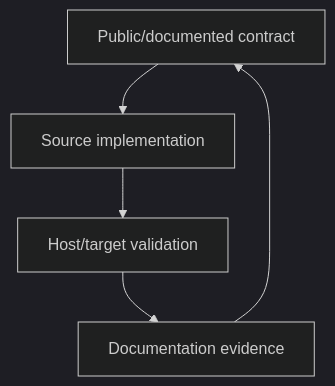
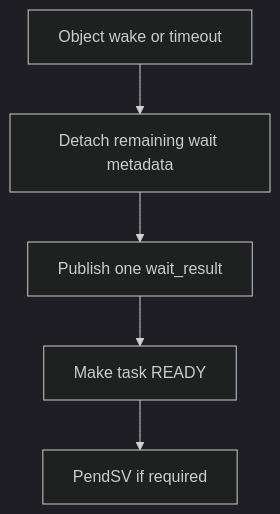
One commit to haikevins/hairtos changed the second of 2 diagrams in docs/02-synchronization/blocking-contract.md. Above: the diagram before and after it, drawn with Mermaid (dark theme). The commit also changed other lines of this file and 82 other files, not shown here.

````diff
--- a/docs/02-synchronization/blocking-contract.md
+++ b/docs/02-synchronization/blocking-contract.md
@@ -43,7 +55,7 @@
 ```mermaid
-flowchart TD
-    CONTRACT["Public/documented contract"] --> IMPL["Source implementation"]
-    IMPL --> TEST["Host/target validation"]
-    TEST --> DOC["Documentation evidence"]
-    DOC --> CONTRACT
+flowchart TB
+    EVENT["Object wake or timeout"] --> CLEAN["Detach remaining wait metadata"]
+    CLEAN --> RESULT["Publish one wait_result"]
+    RESULT --> READY["Make task READY"]
+    READY --> PEND["PendSV if required"]
 ```
````
